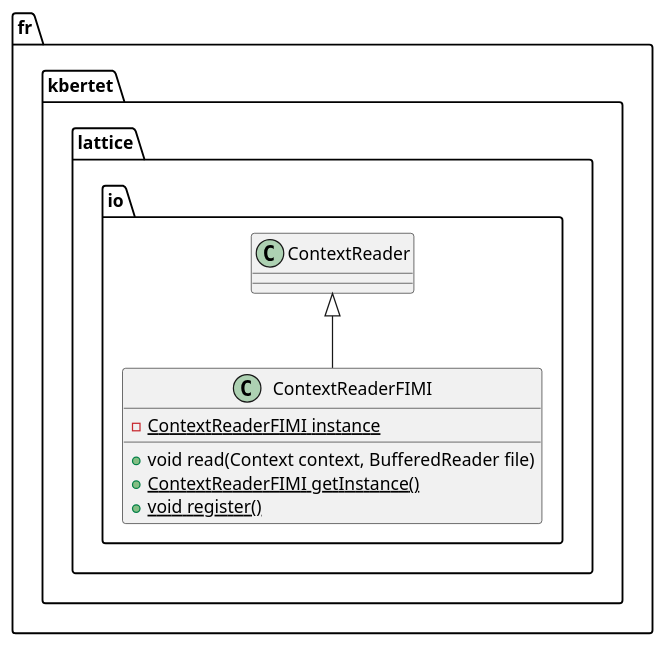
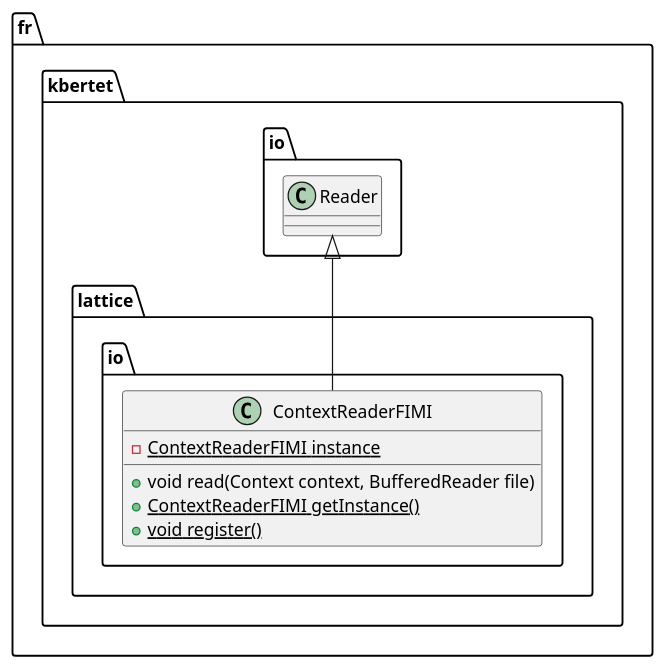
The diagram in src/main/javadoc/resources/fr/kbertet/context/io/ContextReaderFIMI.iuml (thegalactic/java-lattices), drawn with PlantUML before and after one commit. The commit also changed 28 other files, not shown here.

```diff
--- a/src/main/javadoc/resources/fr/kbertet/context/io/ContextReaderFIMI.iuml
+++ b/src/main/javadoc/resources/fr/kbertet/context/io/ContextReaderFIMI.iuml
@@ -1,10 +1,10 @@
 package fr.kbertet.lattice.io {
     class ContextReaderFIMI {
     	-{static}ContextReaderFIMI instance
         +void read(Context context, BufferedReader file)
         +{static}ContextReaderFIMI getInstance()
         +{static}void register()
     }
 
-    ContextReader <|-- ContextReaderFIMI
+    fr.kbertet.io.Reader <|-- ContextReaderFIMI
 }
```
